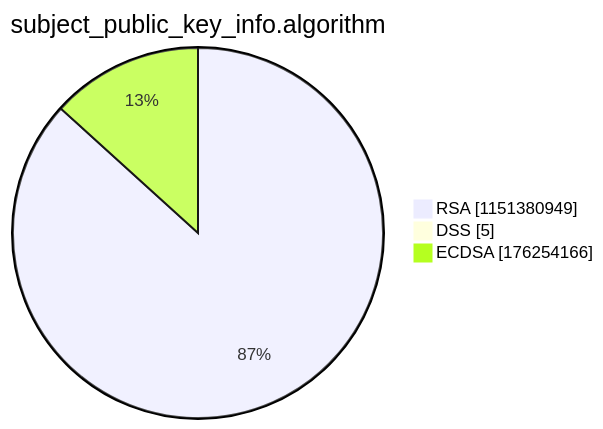
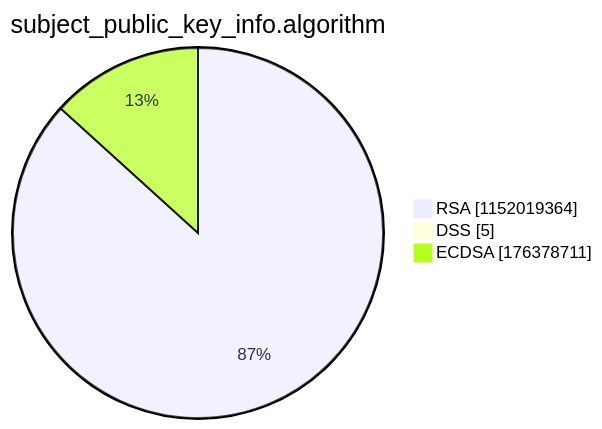
One commit to christiankrug/ctmonitor_visualization changed the third of 15 diagrams in argon2022/README.md. Above: the diagram before and after it, drawn with Mermaid. The commit also changed other lines of this file, not shown here.

````diff
--- a/argon2022/README.md
+++ b/argon2022/README.md
@@ -14,7 +14,7 @@
 ```mermaid
 pie showData
 title subject_public_key_info.algorithm
-"RSA" :1151380949
+"RSA" :1152019364
 "DSS" :5
-"ECDSA" :176254166
+"ECDSA" :176378711
 ```
````
